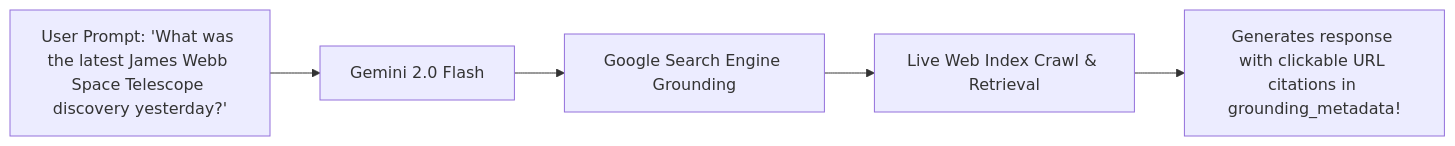
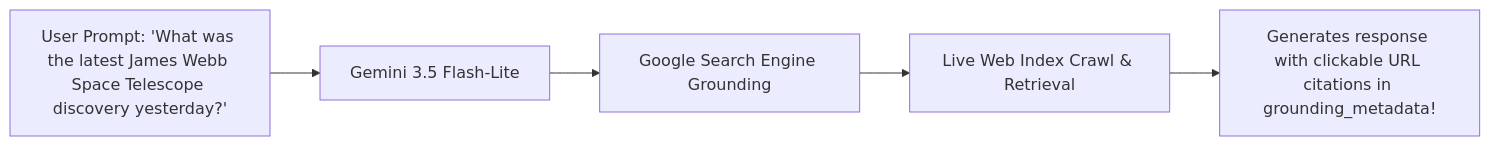
Diagram 16 of 17 in README.md (TheLearningHubOrg/learn-gemini), drawn with Mermaid before and after one commit. The commit also changed other lines of this file, not shown here.

Commit message:
Update README to Gemini 3.x models and current SDK guidance

````diff
--- a/README.md
+++ b/README.md
@@ -892,7 +897,7 @@
 ```mermaid
 flowchart LR
-    UserQuery["User Prompt: 'What was the latest James Webb Space Telescope discovery yesterday?'"] --> Gemini["Gemini 2.0 Flash"]
+    UserQuery["User Prompt: 'What was the latest James Webb Space Telescope discovery yesterday?'"] --> Gemini["Gemini 3.5 Flash-Lite"]
     Gemini --> Search["Google Search Engine Grounding"]
     Search --> LiveWeb["Live Web Index Crawl & Retrieval"]
     LiveWeb --> GroundingMeta["Generates response with clickable URL citations in grounding_metadata!"]
 ```
````
